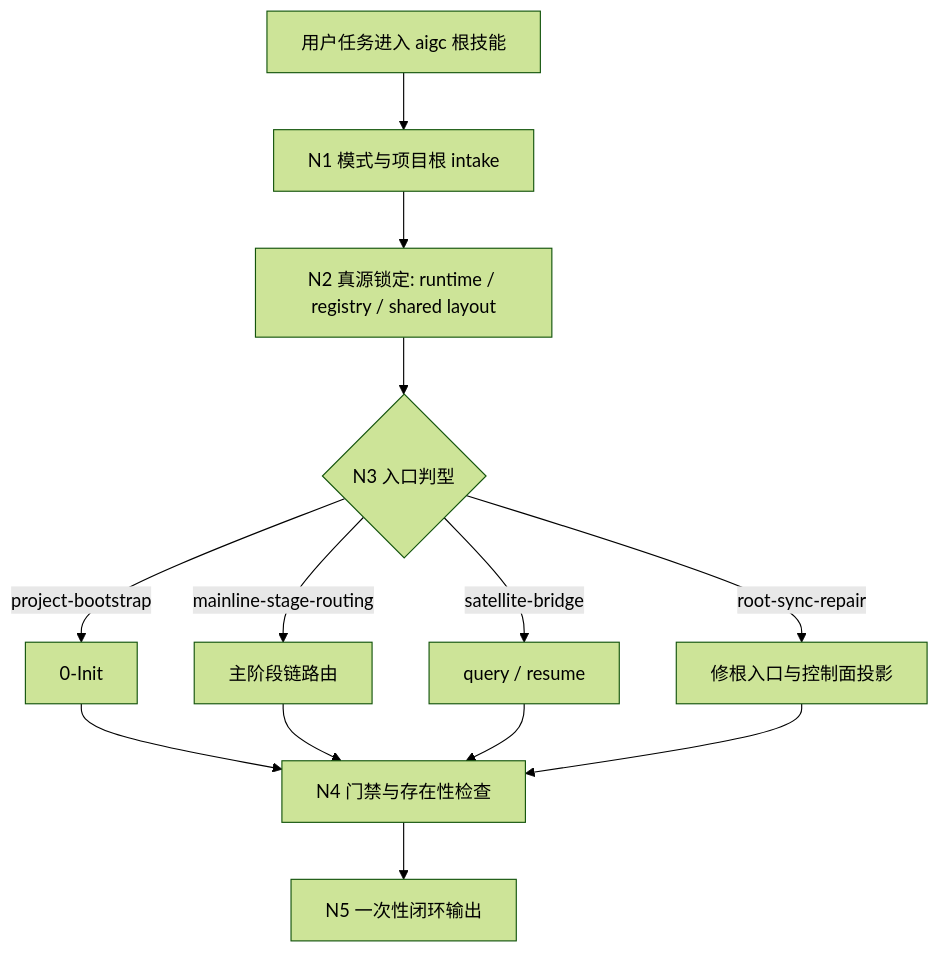
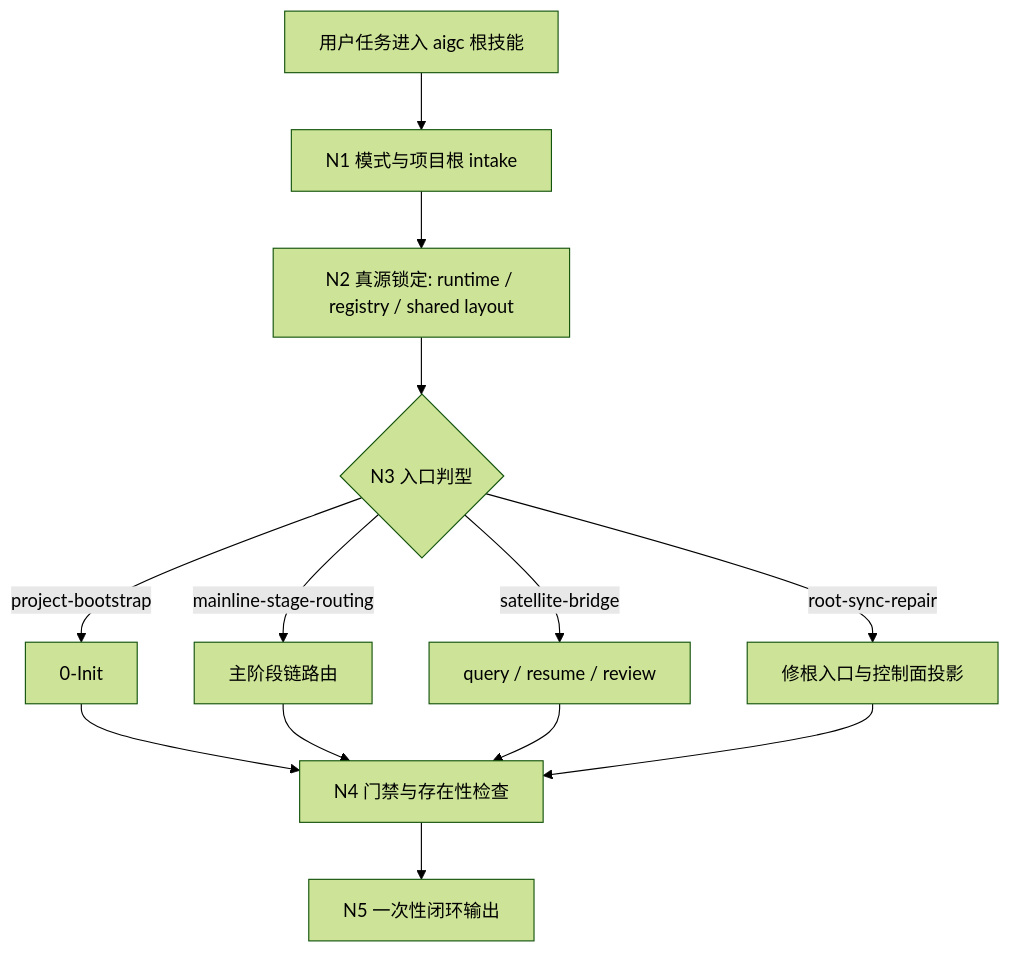
One commit to ZEN-VOID/AI-CUT changed the first of 4 diagrams in .agents/skills/aigc/SKILL.md. Above: the diagram before and after it, drawn with Mermaid (forest theme). The commit also changed other lines of this file and 177 other files, not shown here.

````diff
--- a/.agents/skills/aigc/SKILL.md
+++ b/.agents/skills/aigc/SKILL.md
@@ -86,15 +86,15 @@
 ```mermaid
 flowchart TD
     A["用户任务进入 aigc 根技能"] --> B["N1 模式与项目根 intake"]
     B --> C["N2 真源锁定: runtime / registry / shared layout"]
     C --> D{"N3 入口判型"}
     D -->|"project-bootstrap"| E["0-Init"]
     D -->|"mainline-stage-routing"| F["主阶段链路由"]
-    D -->|"satellite-bridge"| G["query / resume"]
+    D -->|"satellite-bridge"| G["query / resume / review"]
     D -->|"root-sync-repair"| H["修根入口与控制面投影"]
     E --> I["N4 门禁与存在性检查"]
     F --> I
     G --> I
     H --> I
     I --> J["N5 一次性闭环输出"]
 ```
````
